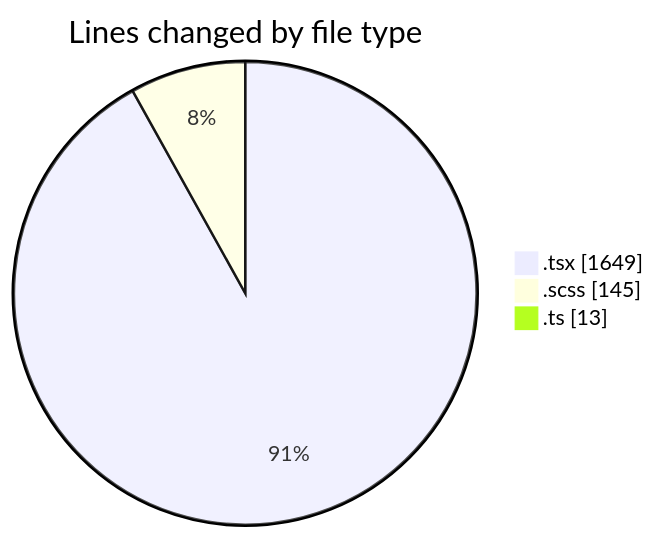
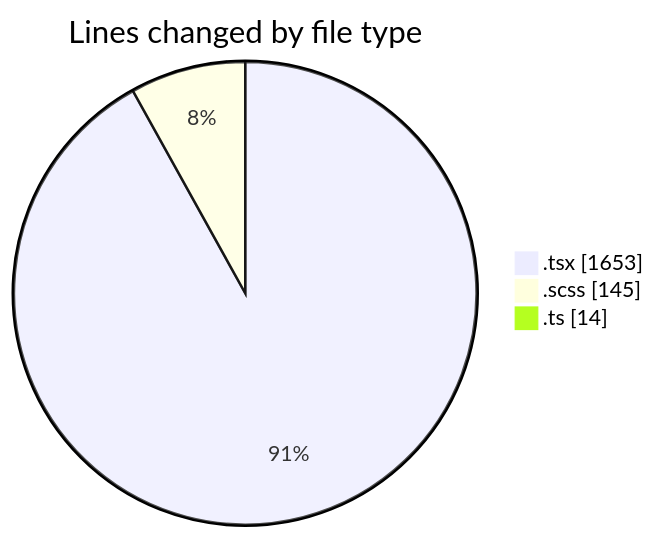
Before and after one commit to momahboobian/code-tracking: the first of 2 diagrams in 2025-03-20/cda/README.md, drawn with Mermaid. The commit also changed other lines of this file and 1 other file, not shown here.

````diff
--- a/2025-03-20/cda/README.md
+++ b/2025-03-20/cda/README.md
@@ -25,7 +25,7 @@
 ```mermaid
 pie showData
 title Lines changed by file type
-".tsx" : 1649
+".tsx" : 1653
 ".scss" : 145
-".ts" : 13
+".ts" : 14
 ```
````
